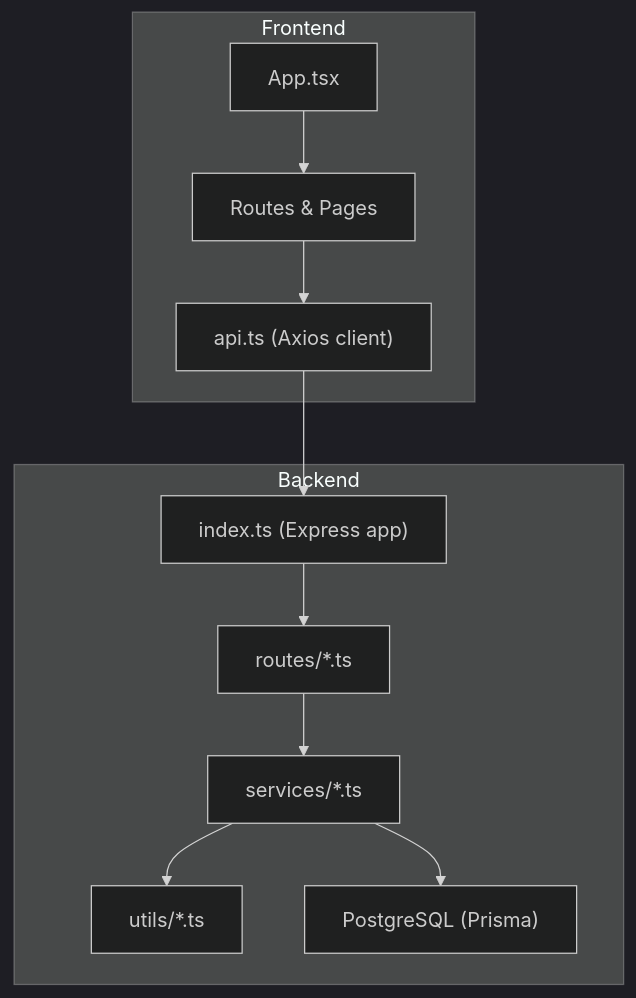
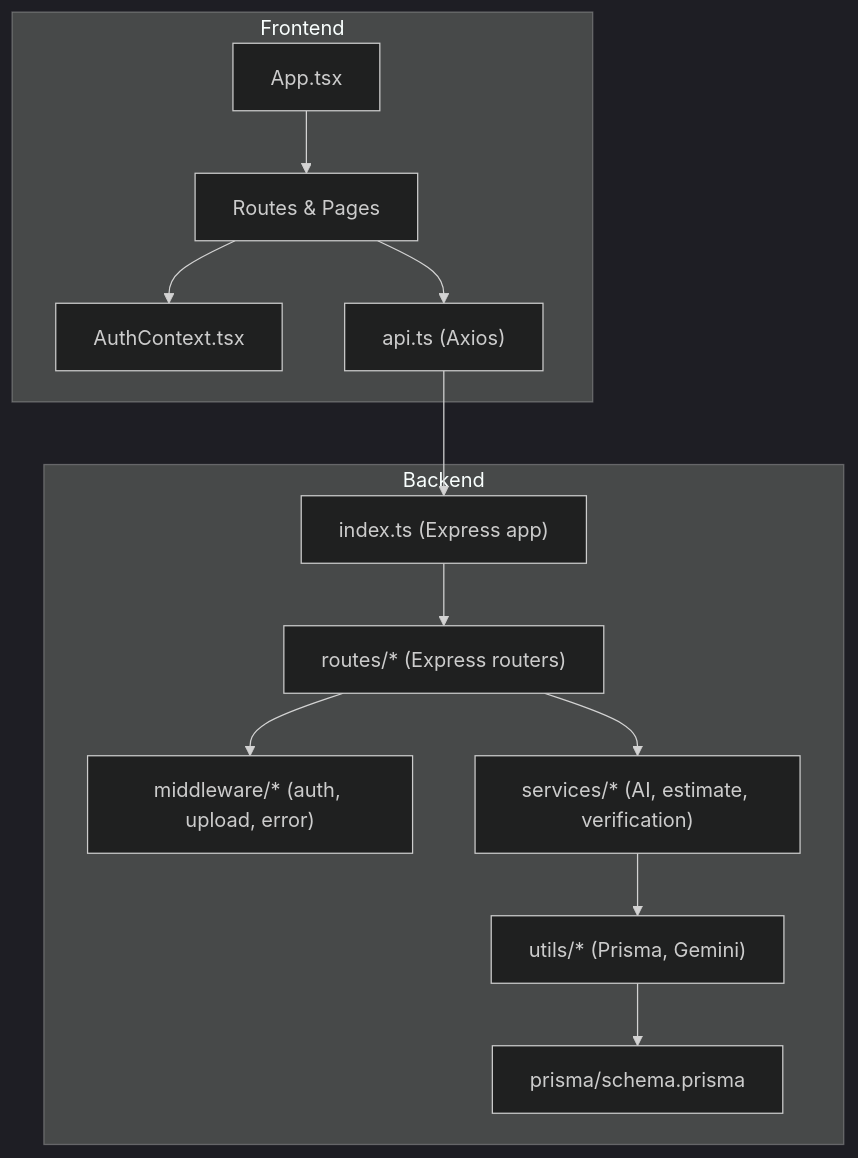
Before and after one commit to NaveenHiranya/Smart-Vehicle-Insurance-Claim-System: the first of 6 diagrams in .qoder/repowiki/en/content/Project Overview.md, drawn with Mermaid (dark theme). The commit also changed other lines of this file and 183 other files, not shown here.

````diff
--- a/.qoder/repowiki/en/content/Project Overview.md
+++ b/.qoder/repowiki/en/content/Project Overview.md
@@ -67,22 +43,26 @@
 ```mermaid
 graph TB
 subgraph "Frontend"
 FE_App["App.tsx"]
 FE_Routes["Routes & Pages"]
-FE_API["api.ts (Axios client)"]
+FE_Auth["AuthContext.tsx"]
+FE_API["api.ts (Axios)"]
 end
 subgraph "Backend"
 BE_Index["index.ts (Express app)"]
-BE_Routes["routes/*.ts"]
-BE_Services["services/*.ts"]
-BE_Utils["utils/*.ts"]
-DB["PostgreSQL (Prisma)"]
+BE_Routes["routes/* (Express routers)"]
+BE_Middleware["middleware/* (auth, upload, error)"]
+BE_Services["services/* (AI, estimate, verification)"]
+BE_Utils["utils/* (Prisma, Gemini)"]
+BE_Prisma["prisma/schema.prisma"]
 end
 FE_App --> FE_Routes
+FE_Routes --> FE_Auth
 FE_Routes --> FE_API
 FE_API --> BE_Index
 BE_Index --> BE_Routes
+BE_Routes --> BE_Middleware
 BE_Routes --> BE_Services
-BE_Services --> DB
 BE_Services --> BE_Utils
+BE_Utils --> BE_Prisma
 ```
````
